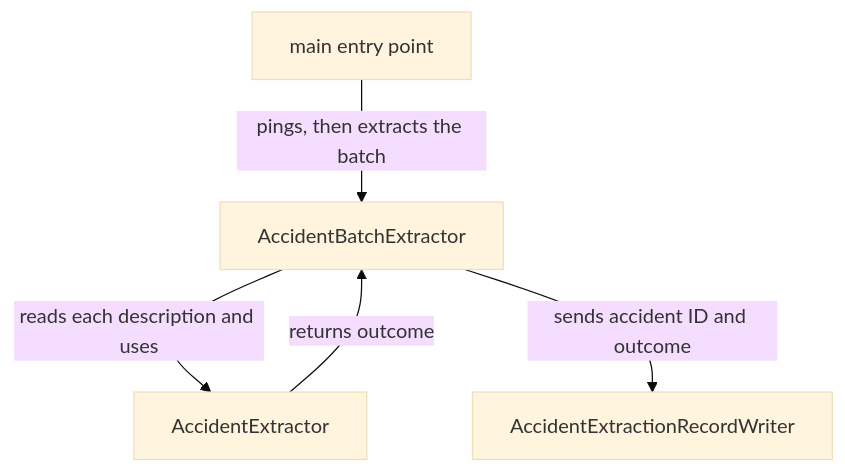
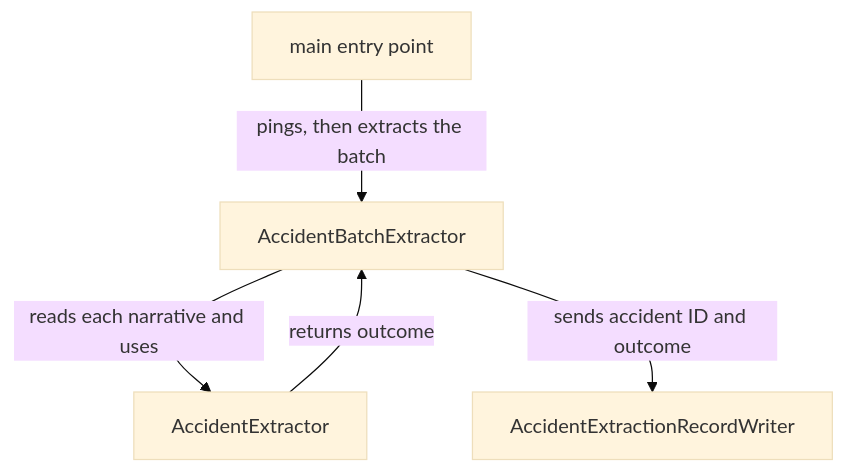
One commit to OlenaBack/vehicle-claims-extractor changed the second of 5 diagrams in README.md. Above: the diagram before and after it, drawn with Mermaid (base theme). The commit also changed other lines of this file and 13 other files, not shown here.

````diff
--- a/README.md
+++ b/README.md
@@ -64,7 +64,7 @@
 ```mermaid
 flowchart TD
     Main[main entry point] -->|pings, then extracts the batch| BatchExtractor[AccidentBatchExtractor]
-    BatchExtractor -->|reads each description and uses| AccidentExtractor[AccidentExtractor]
+    BatchExtractor -->|reads each narrative and uses| AccidentExtractor[AccidentExtractor]
     AccidentExtractor -->|returns outcome| BatchExtractor
     BatchExtractor -->|sends accident ID and outcome| Writer[AccidentExtractionRecordWriter]
 ```
````
